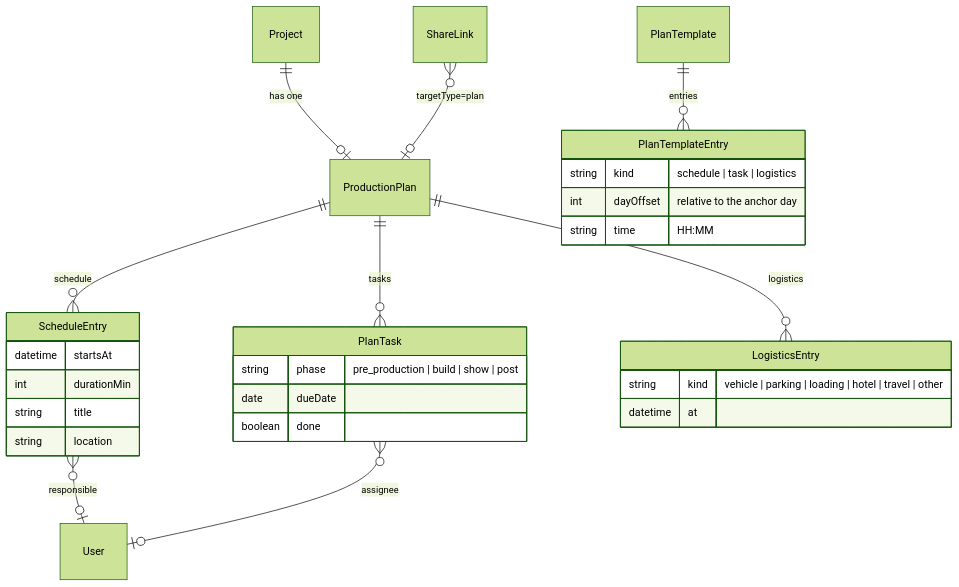
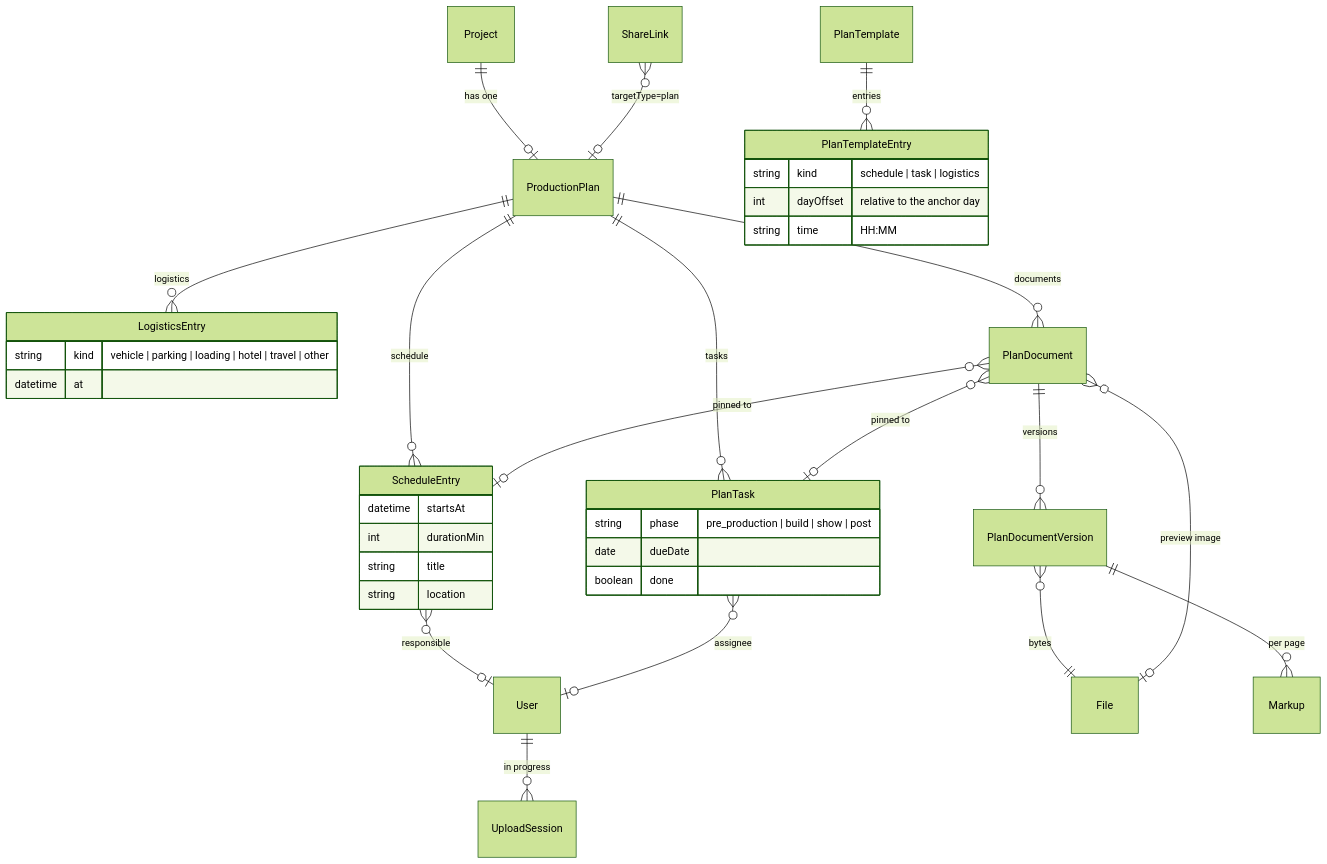
Before and after one commit to vertigojeppe/vertigo-gear-management: the first of 5 diagrams in docs/ARCHITECTURE.md, drawn with Mermaid (forest theme). The commit also changed 39 other files, not shown here.

````diff
--- a/docs/ARCHITECTURE.md
+++ b/docs/ARCHITECTURE.md
@@ -45,32 +45,40 @@
 ```mermaid
 erDiagram
   Project ||--o| ProductionPlan : "has one"
   ProductionPlan ||--o{ ScheduleEntry : schedule
   ProductionPlan ||--o{ PlanTask : tasks
   ProductionPlan ||--o{ LogisticsEntry : logistics
   ScheduleEntry }o--o| User : responsible
   PlanTask }o--o| User : assignee
   PlanTemplate ||--o{ PlanTemplateEntry : entries
   ShareLink }o--o| ProductionPlan : "targetType=plan"
+  ProductionPlan ||--o{ PlanDocument : documents
+  PlanDocument ||--o{ PlanDocumentVersion : versions
+  PlanDocumentVersion }o--|| File : bytes
+  PlanDocumentVersion ||--o{ Markup : "per page"
+  PlanDocument }o--o| ScheduleEntry : "pinned to"
+  PlanDocument }o--o| PlanTask : "pinned to"
+  PlanDocument }o--o| File : "preview image"
+  User ||--o{ UploadSession : "in progress"
 
   ScheduleEntry {
     datetime startsAt
     int durationMin
     string title
     string location
   }
   PlanTask {
     string phase "pre_production | build | show | post"
     date dueDate
     boolean done
   }
   LogisticsEntry {
     string kind "vehicle | parking | loading | hotel | travel | other"
     datetime at
   }
   PlanTemplateEntry {
     string kind "schedule | task | logistics"
     int dayOffset "relative to the anchor day"
     string time "HH:MM"
   }
 ```
````
